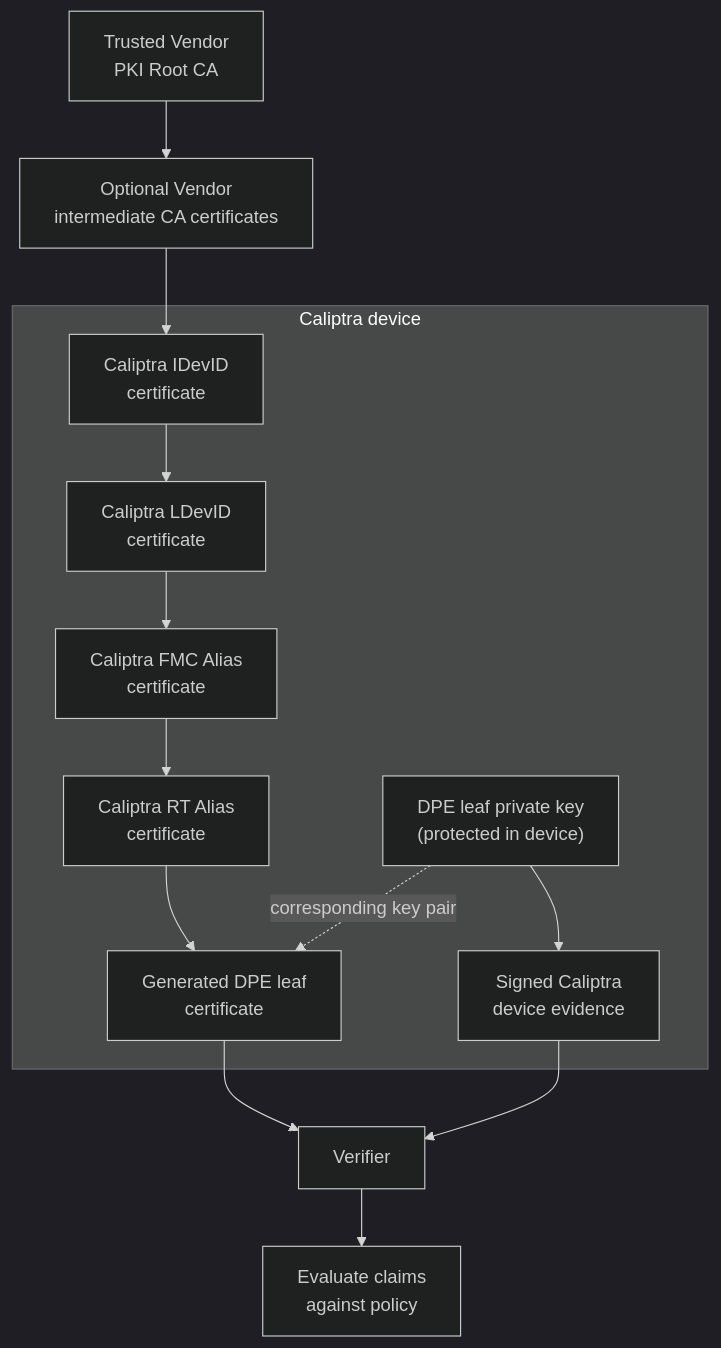
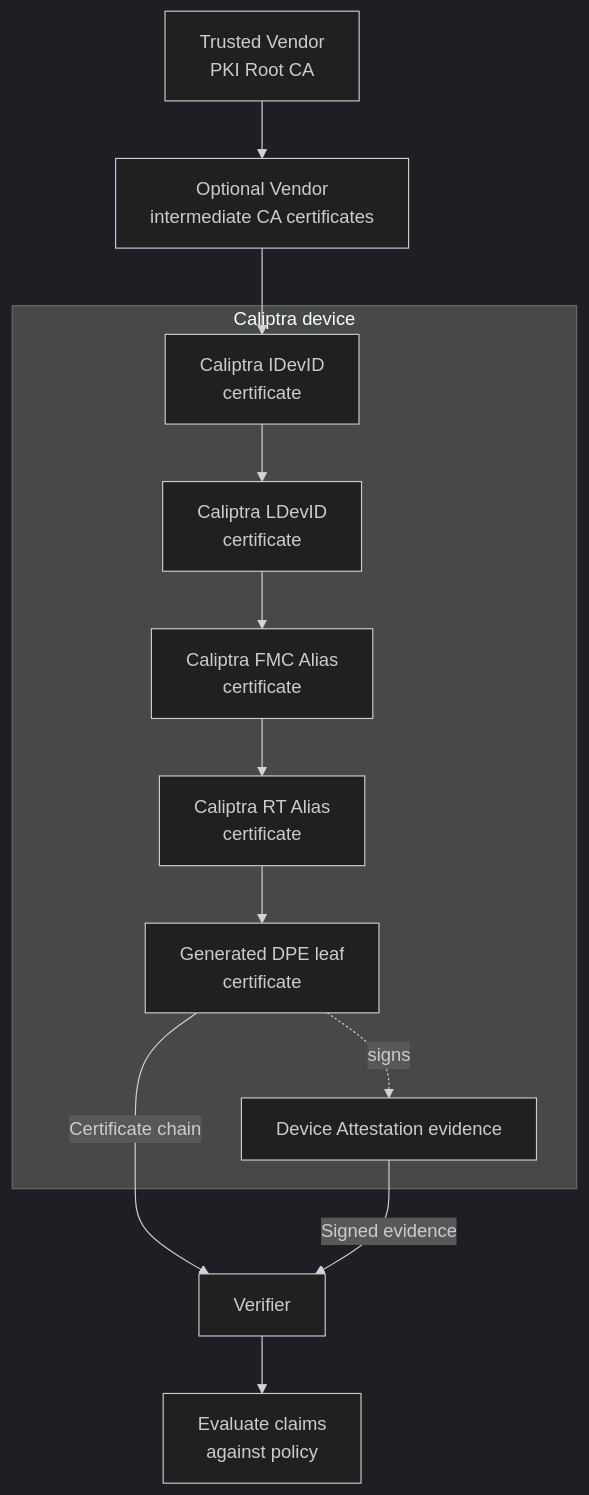
Before and after one commit to chipsalliance/caliptra-mcu-sw: the first of 2 diagrams in docs/src/certificate_model.md, drawn with Mermaid (dark theme). The commit also changed other lines of this file and 18 other files, not shown here.

````diff
--- a/docs/src/certificate_model.md
+++ b/docs/src/certificate_model.md
@@ -55,29 +36,27 @@
 ```mermaid
 flowchart TB
     Root["Trusted Vendor<br/>PKI Root CA"]
     Issuers["Optional Vendor<br/>intermediate CA certificates"]
     Verifier["Verifier"]
     Policy["Evaluate claims<br/>against policy"]
 
     subgraph Device["Caliptra device"]
         IDevID["Caliptra IDevID<br/>certificate"]
         LDevID["Caliptra LDevID<br/>certificate"]
         FMC["Caliptra FMC Alias<br/>certificate"]
         RT["Caliptra RT Alias<br/>certificate"]
         Leaf["Generated DPE leaf<br/>certificate"]
-        LeafKey["DPE leaf private key<br/>(protected in device)"]
-        Evidence["Signed Caliptra<br/>device evidence"]
+        Evidence["Device Attestation evidence"]
     end
 
     Root --> Issuers
     Issuers --> IDevID
     IDevID --> LDevID
     LDevID --> FMC
     FMC --> RT
     RT --> Leaf
-    LeafKey -. "corresponding key pair" .-> Leaf
-    LeafKey --> Evidence
-    Leaf --> Verifier
-    Evidence --> Verifier
+    Leaf -. "signs" .-> Evidence
+    Leaf -->|"Certificate chain"| Verifier
+    Evidence --> |"Signed evidence"| Verifier
     Verifier --> Policy
 ```
````
